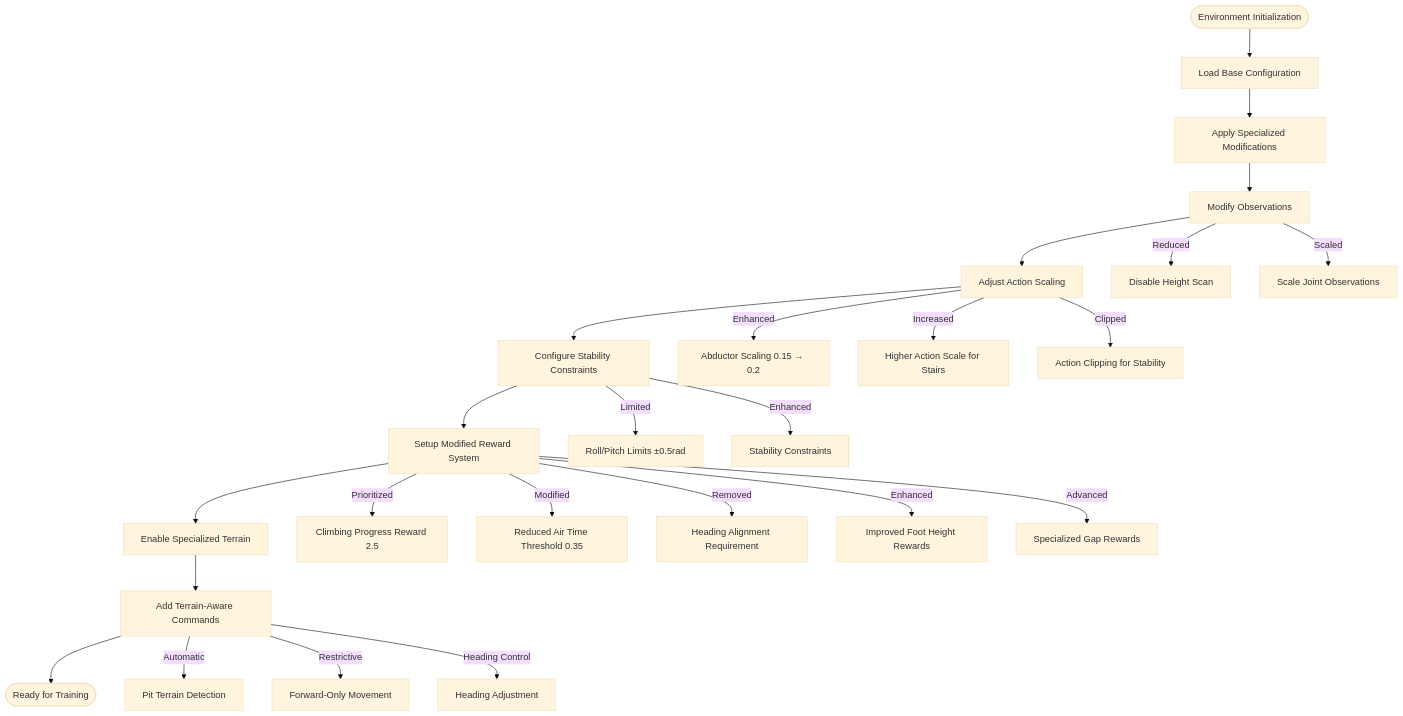
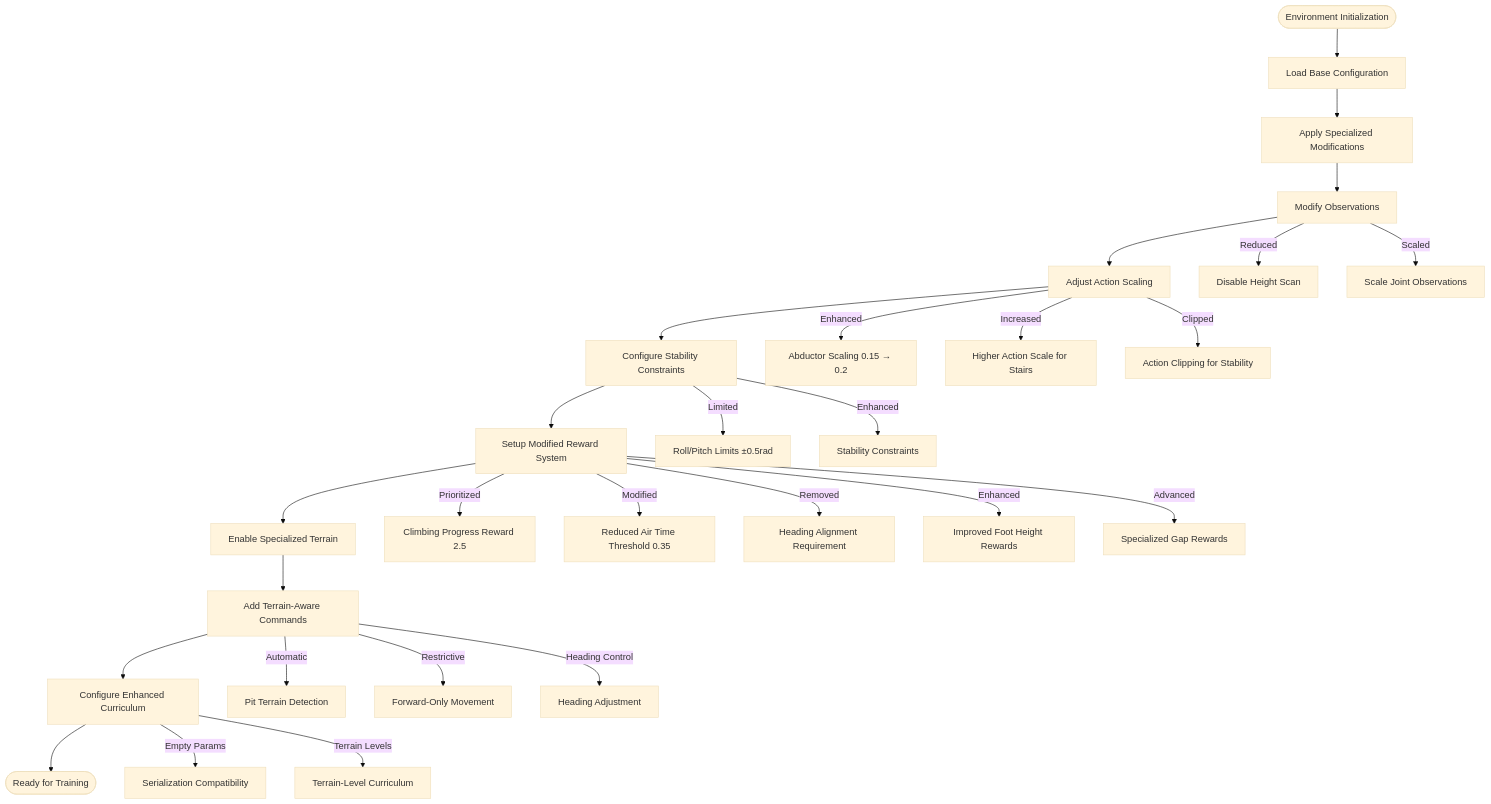
One commit to jayjayhust/robot_lab changed the fourth of 18 diagrams in .qoder/repowiki/en/content/ZSIBOT ZSL1 Stair Climbing Configuration.md. Above: the diagram before and after it, drawn with Mermaid (base theme). The commit also changed other lines of this file and 168 other files, not shown here.

````diff
--- a/.qoder/repowiki/en/content/ZSIBOT ZSL1 Stair Climbing Configuration.md
+++ b/.qoder/repowiki/en/content/ZSIBOT ZSL1 Stair Climbing Configuration.md
@@ -320,27 +325,30 @@
 ```mermaid
 flowchart TD
 START([Environment Initialization]) --> LOAD_BASE["Load Base Configuration"]
 LOAD_BASE --> APPLY_SPECIALIZATION["Apply Specialized Modifications"]
 APPLY_SPECIALIZATION --> MODIFY_OBS["Modify Observations"]
 MODIFY_OBS --> ADJUST_ACTIONS["Adjust Action Scaling"]
 ADJUST_ACTIONS --> CONFIG_EVENTS["Configure Stability Constraints"]
 CONFIG_EVENTS --> SETUP_REWARDS["Setup Modified Reward System"]
 SETUP_REWARDS --> ENABLE_TERRAIN["Enable Specialized Terrain"]
 ENABLE_TERRAIN --> ADD_COMMANDS["Add Terrain-Aware Commands"]
-ADD_COMMANDS --> END([Ready for Training])
+ADD_COMMANDS --> CONFIG_CURRICULUM["Configure Enhanced Curriculum"]
+CONFIG_CURRICULUM --> END([Ready for Training])
 MODIFY_OBS --> |Reduced| HEIGHT_SCAN["Disable Height Scan"]
 MODIFY_OBS --> |Scaled| JOINT_OBS["Scale Joint Observations"]
 ADJUST_ACTIONS --> |Enhanced| ABAD_SCALE["Abductor Scaling 0.15 → 0.2"]
 ADJUST_ACTIONS --> |Increased| STAIR_ACTIONS["Higher Action Scale for Stairs"]
 ADJUST_ACTIONS --> |Clipped| JOINT_CLIP["Action Clipping for Stability"]
 CONFIG_EVENTS --> |Limited| ROLL_PITCH["Roll/Pitch Limits ±0.5rad"]
 CONFIG_EVENTS --> |Enhanced| RESET_STABILITY["Stability Constraints"]
 SETUP_REWARDS --> |Prioritized| CLIMB_PROGRESS["Climbing Progress Reward 2.5"]
 SETUP_REWARDS --> |Modified| AIR_TIME["Reduced Air Time Threshold 0.35"]
 SETUP_REWARDS --> |Removed| HEADING_ALIGN["Heading Alignment Requirement"]
 SETUP_REWARDS --> |Enhanced| FOOT_HEIGHT["Improved Foot Height Rewards"]
 SETUP_REWARDS --> |Advanced| GAP_REWARDS["Specialized Gap Rewards"]
 ADD_COMMANDS --> |Automatic| PIT_DETECTION["Pit Terrain Detection"]
 ADD_COMMANDS --> |Restrictive| FORWARD_ONLY["Forward-Only Movement"]
 ADD_COMMANDS --> |Heading Control| HEADING_ADJUST["Heading Adjustment"]
+CONFIG_CURRICULUM --> |Empty Params| SERIALIZATION["Serialization Compatibility"]
+CONFIG_CURRICULUM --> |Terrain Levels| LEVEL_CURRICULUM["Terrain-Level Curriculum"]
 ```
````
